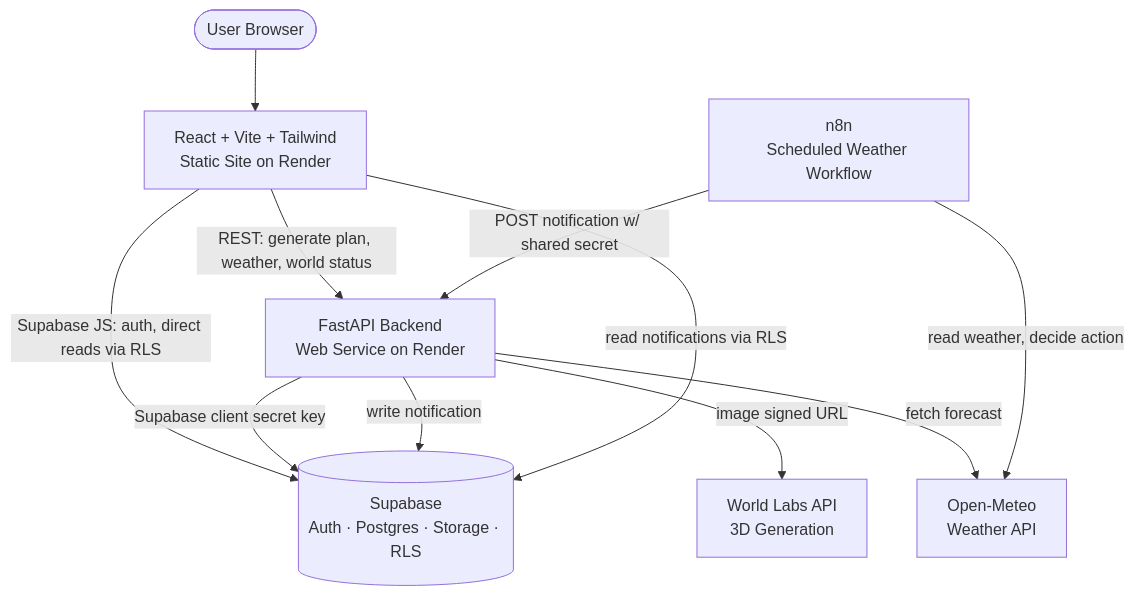
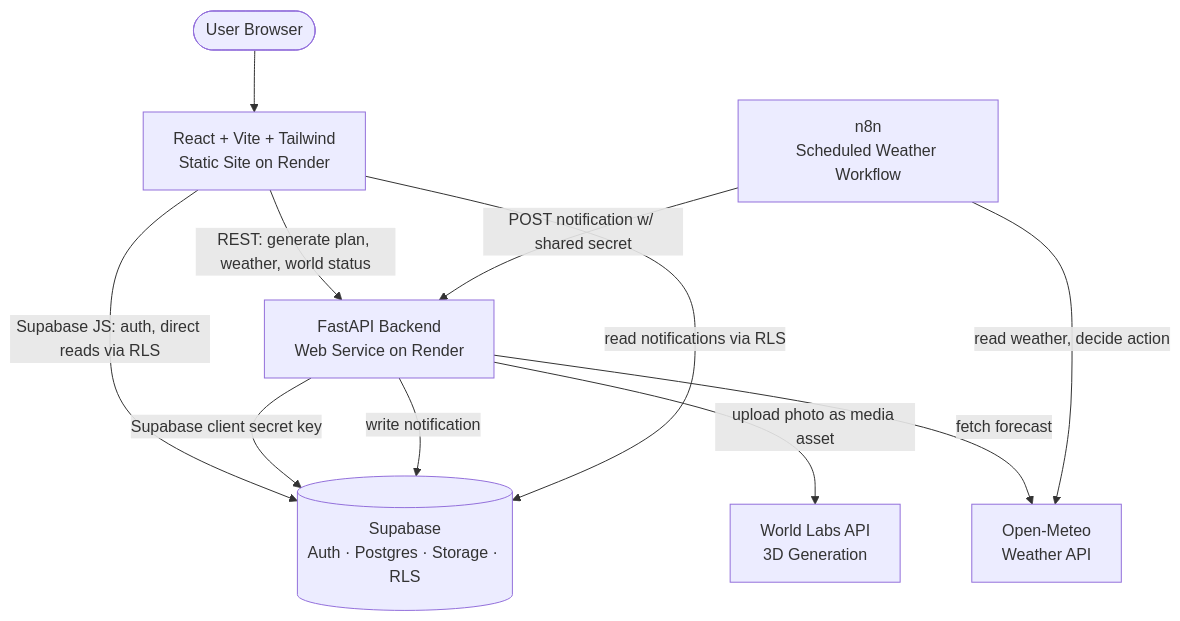
The first of 2 diagrams in IMPLEMENTATION.md (krishbhoopati/Sprout), drawn with Mermaid before and after one commit. The commit also changed other lines of this file and 3 other files, not shown here.

````diff
--- a/IMPLEMENTATION.md
+++ b/IMPLEMENTATION.md
@@ -66,21 +95,21 @@
 ```mermaid
 flowchart TD
     User([User Browser])
     FE[React + Vite + Tailwind<br/>Static Site on Render]
     BE[FastAPI Backend<br/>Web Service on Render]
     SB[(Supabase<br/>Auth · Postgres · Storage · RLS)]
     OM[Open-Meteo<br/>Weather API]
     WL[World Labs API<br/>3D Generation]
     N8N[n8n<br/>Scheduled Weather Workflow]
 
     User --> FE
     FE -->|Supabase JS: auth, direct reads via RLS| SB
     FE -->|REST: generate plan, weather, world status| BE
     BE -->|Supabase client secret key| SB
-    BE -->|image signed URL| WL
+    BE -->|upload photo as media asset| WL
     BE -->|fetch forecast| OM
     N8N -->|read weather, decide action| OM
     N8N -->|POST notification w/ shared secret| BE
     BE -->|write notification| SB
     FE -->|read notifications via RLS| SB
 ```
````
